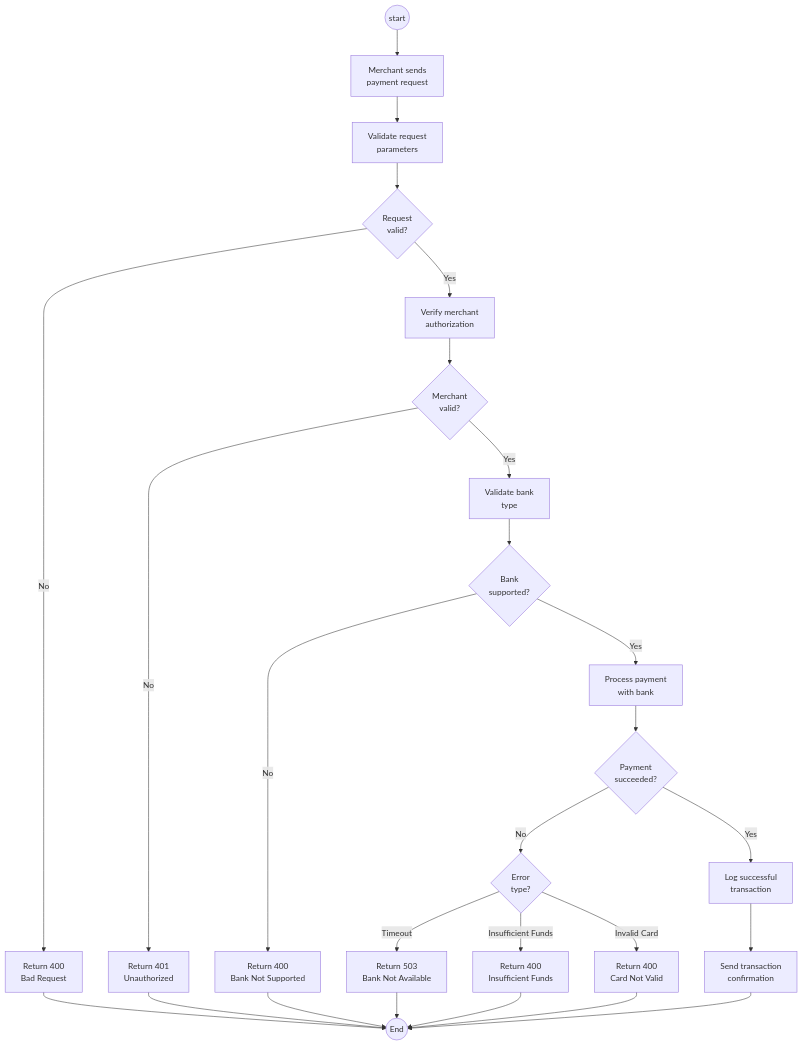
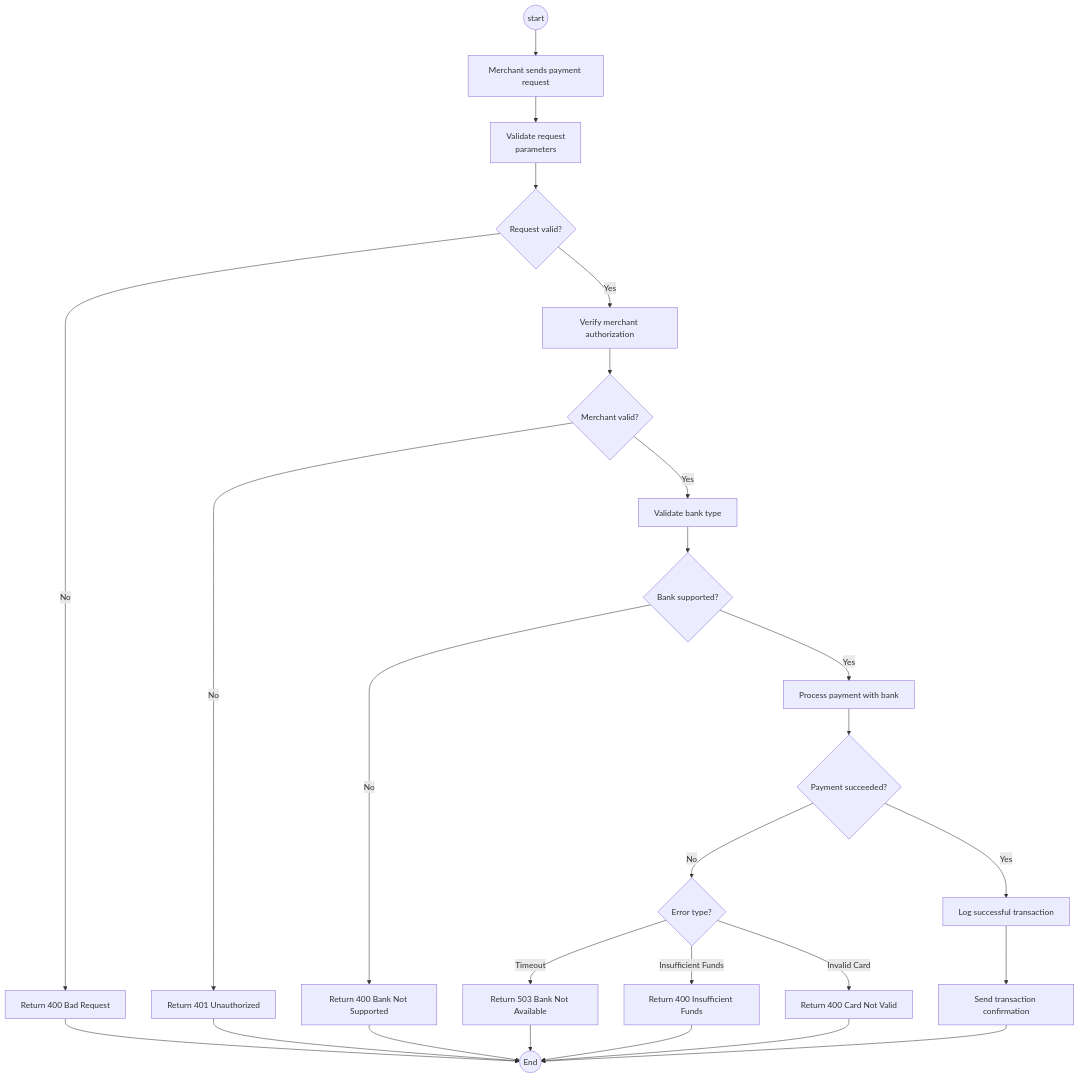
One commit to stephenbessey/CardFlow changed the diagram in ProcessFlowDiagram.mmd. Above: the diagram before and after it, drawn with Mermaid.

```diff
--- a/ProcessFlowDiagram.mmd
+++ b/ProcessFlowDiagram.mmd
@@ -1,35 +1,35 @@
 flowchart TD
-    start((start)) --> browse[Merchant sends\npayment request]
+    start((start)) --> browse[Merchant sends payment request]
     
     browse --> validateRequest[Validate request\nparameters]
-    validateRequest --> reqValid{Request\nvalid?}
+    validateRequest --> reqValid{Request valid?}
     
-    reqValid -->|No| error1[Return 400\nBad Request]
-    reqValid -->|Yes| authMerchant[Verify merchant\nauthorization]
+    reqValid -->|No| error1[Return 400 Bad Request]
+    reqValid -->|Yes| authMerchant[Verify merchant authorization]
     
-    authMerchant --> merchantValid{Merchant\nvalid?}
-    merchantValid -->|No| error2[Return 401\nUnauthorized]
+    authMerchant --> merchantValid{Merchant valid?}
+    merchantValid -->|No| error2[Return 401 Unauthorized]
     
-    merchantValid -->|Yes| validateBank[Validate bank\ntype]
-    validateBank --> bankValid{Bank\nsupported?}
+    merchantValid -->|Yes| validateBank[Validate bank type]
+    validateBank --> bankValid{Bank supported?}
     
-    bankValid -->|No| error3[Return 400\nBank Not Supported]
-    bankValid -->|Yes| processPayment[Process payment\nwith bank]
+    bankValid -->|No| error3[Return 400 Bank Not Supported]
+    bankValid -->|Yes| processPayment[Process payment with bank]
     
-    processPayment --> paymentSuccess{Payment\nsucceeded?}
+    processPayment --> paymentSuccess{Payment succeeded?}
     
-    paymentSuccess -->|No| checkErrorType{Error\ntype?}
-    checkErrorType -->|Timeout| error4[Return 503\nBank Not Available]
-    checkErrorType -->|Insufficient Funds| error5[Return 400\nInsufficient Funds]
-    checkErrorType -->|Invalid Card| error6[Return 400\nCard Not Valid]
+    paymentSuccess -->|No| checkErrorType{Error type?}
+    checkErrorType -->|Timeout| error4[Return 503 Bank Not Available]
+    checkErrorType -->|Insufficient Funds| error5[Return 400 Insufficient Funds]
+    checkErrorType -->|Invalid Card| error6[Return 400 Card Not Valid]
     
-    paymentSuccess -->|Yes| logSuccess[Log successful\ntransaction]
-    logSuccess --> sendConfirmation[Send transaction\nconfirmation]
+    paymentSuccess -->|Yes| logSuccess[Log successful transaction]
+    logSuccess --> sendConfirmation[Send transaction confirmation]
     sendConfirmation --> finish((End))
     
     error1 --> finish
     error2 --> finish
     error3 --> finish
     error4 --> finish
     error5 --> finish
     error6 --> finish
```
